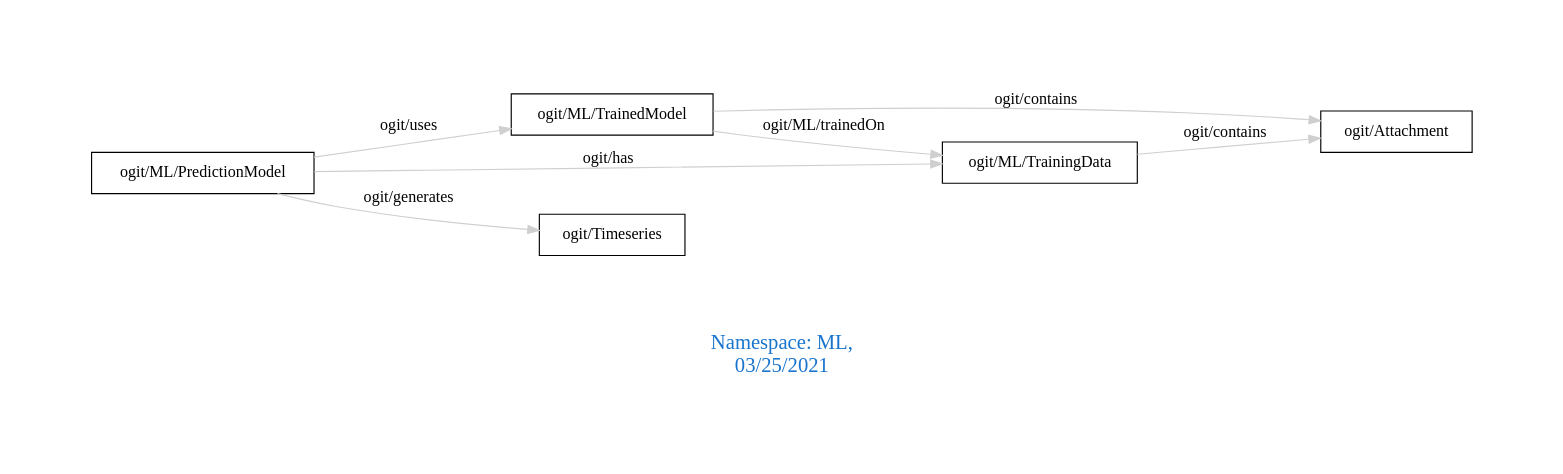
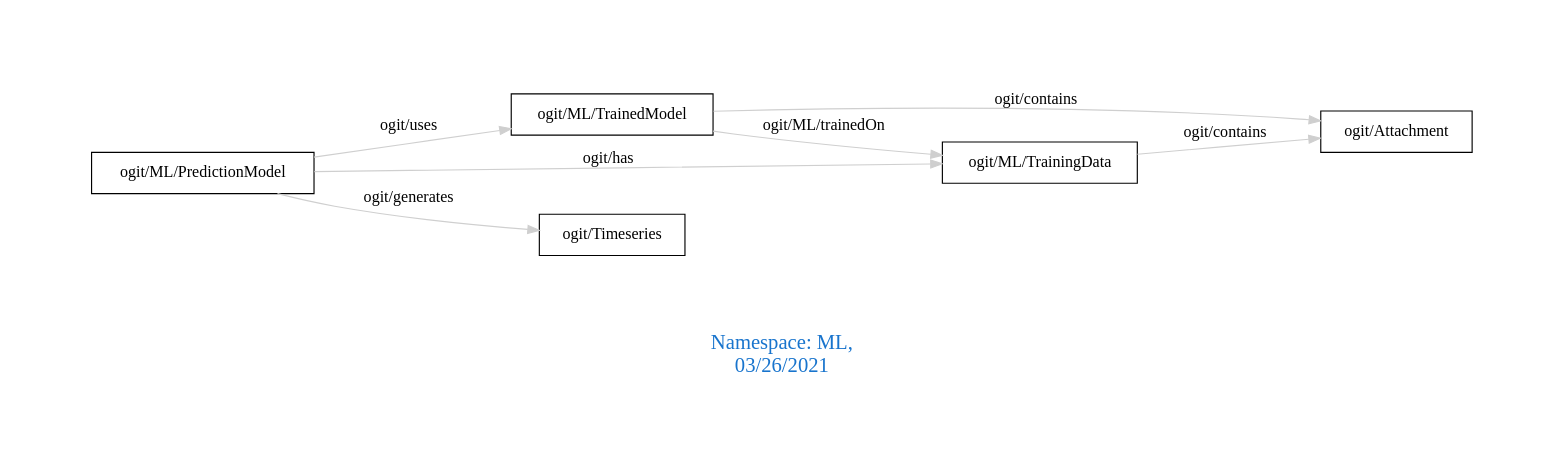
The diagram in downloads/ML.dot (arago/OGIT), drawn with Graphviz before and after one commit. The commit also changed 1848 other files, not shown here.

```diff
--- a/downloads/ML.dot
+++ b/downloads/ML.dot
@@ -1,14 +1,14 @@
 digraph OGIT_ontology {
  graph [ rankdir= LR,pad=1 
 fontsize = 18,
-fontcolor= dodgerblue3,label = "\n\n\nNamespace: ML, \n 03/25/2021"];
+fontcolor= dodgerblue3,label = "\n\n\nNamespace: ML, \n 03/26/2021"];
 node[shape=polygon];
 edge [  color="gray81"];
 
    "ogit/ML/TrainedModel" -> "ogit/Attachment" [label="   ogit/contains    "];
    "ogit/ML/TrainingData" -> "ogit/Attachment" [label="   ogit/contains    "];
    "ogit/ML/PredictionModel" -> "ogit/Timeseries" [label="   ogit/generates    "];
    "ogit/ML/TrainedModel" -> "ogit/ML/TrainingData" [label="   ogit/ML/trainedOn    "];
    "ogit/ML/PredictionModel" -> "ogit/ML/TrainedModel" [label="   ogit/uses    "];
    "ogit/ML/PredictionModel" -> "ogit/ML/TrainingData" [label="   ogit/has    "];
 }
```
